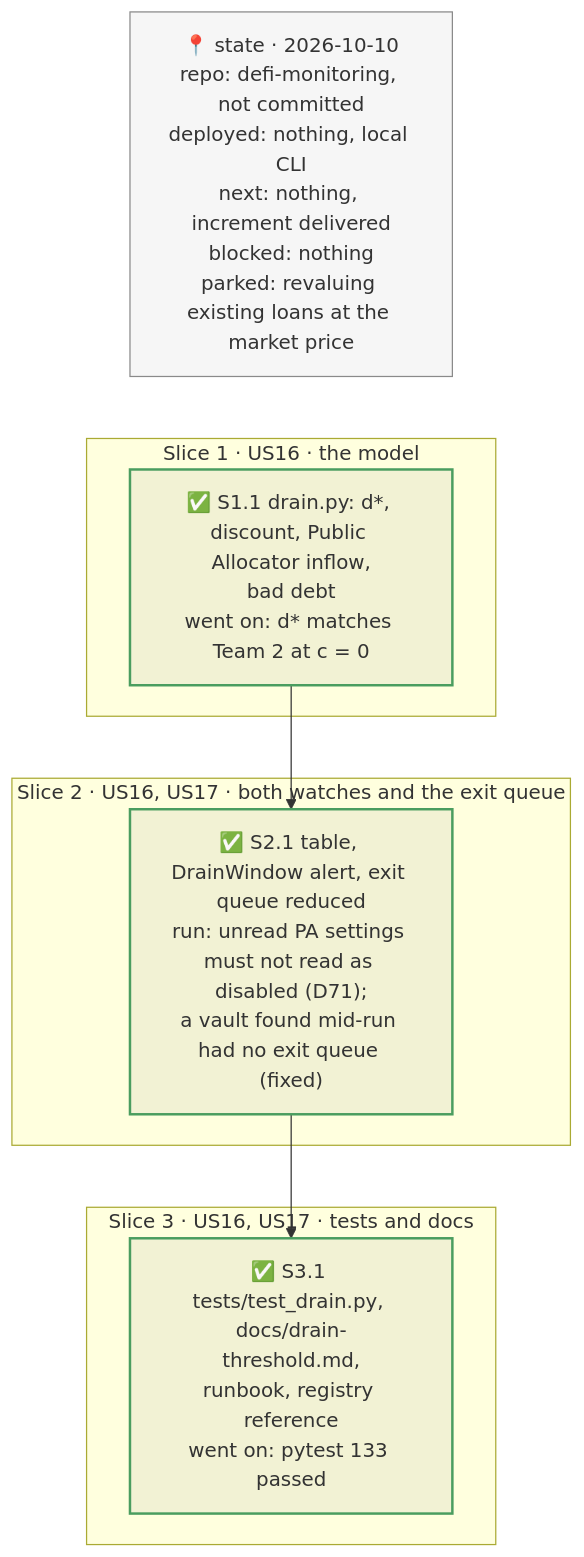
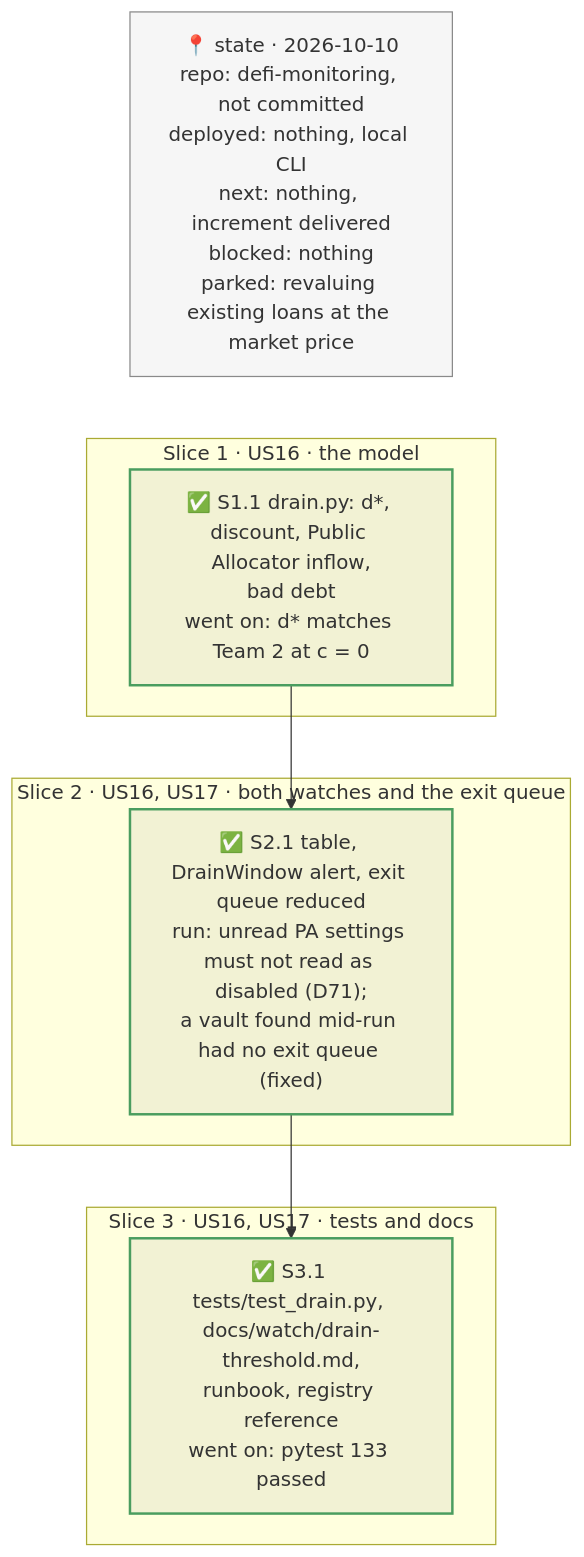
One commit to rya-sge/defi-monitoring changed the diagram in plan/2026-10-10-drain-threshold.plan.md. Above: the diagram before and after it, drawn with Mermaid. The commit also changed 200 other files, not shown here.

Commit message:
docs: add the RockawayX demo deck, explaining each act with diagrams and plain-language alerts

````diff
--- a/plan/2026-10-10-drain-threshold.plan.md
+++ b/plan/2026-10-10-drain-threshold.plan.md
@@ -13,27 +13,27 @@
 ```mermaid
 flowchart TB
   %% tracker
   ST["📍 state · 2026-10-10<br/>repo: defi-monitoring, not committed<br/>deployed: nothing, local CLI<br/>next: nothing, increment delivered<br/>blocked: nothing<br/>parked: revaluing existing loans at the market price"]
 
   subgraph SL1["Slice 1 · US16 · the model"]
     S1.1["✅ S1.1 drain.py: d*, discount, Public Allocator inflow,<br/>bad debt<br/>went on: d* matches Team 2 at c = 0"]
   end
 
   subgraph SL2["Slice 2 · US16, US17 · both watches and the exit queue"]
     S2.1["✅ S2.1 table, DrainWindow alert, exit queue reduced<br/>run: unread PA settings must not read as disabled (D71);<br/>a vault found mid-run had no exit queue (fixed)"]
   end
 
   subgraph SL3["Slice 3 · US16, US17 · tests and docs"]
-    S3.1["✅ S3.1 tests/test_drain.py, docs/drain-threshold.md,<br/>runbook, registry reference<br/>went on: pytest 133 passed"]
+    S3.1["✅ S3.1 tests/test_drain.py, docs/watch/drain-threshold.md,<br/>runbook, registry reference<br/>went on: pytest 133 passed"]
   end
 
   ST ~~~ S1.1
   S1.1 --> S2.1 --> S3.1
 
   classDef done stroke:#4a9d5f,stroke-width:2px,fill:#7f7f7f1a
   classDef next stroke:#d08b28,stroke-width:2px,fill:#7f7f7f1a
   classDef todo stroke-dasharray:4 3
   classDef state stroke:#8a8a8a,stroke-width:1px,fill:#7f7f7f12
   class S1.1,S2.1,S3.1 done
   class ST state
 ```
````
